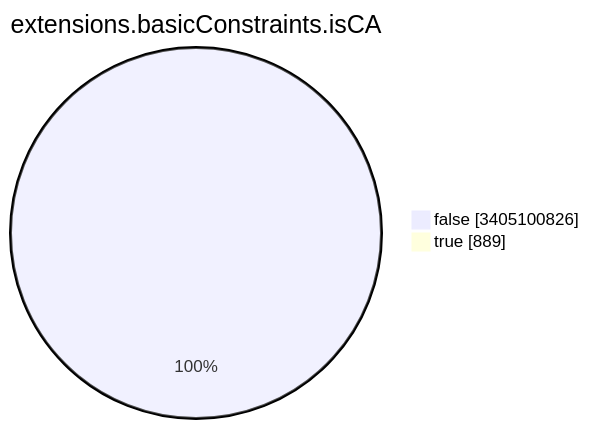
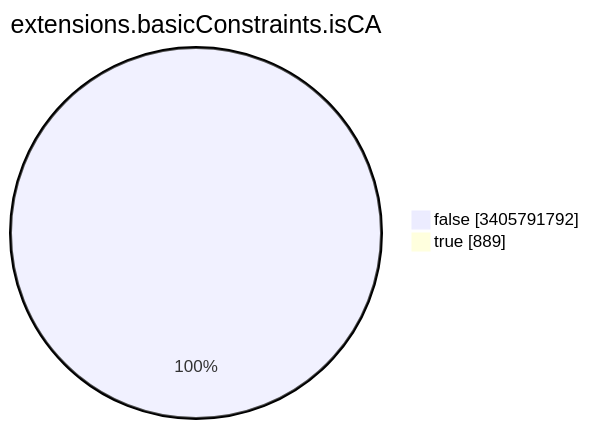
One commit to christiankrug/ctmonitor_visualization changed the seventh of 15 diagrams in TOTAL/README.md. Above: the diagram before and after it, drawn with Mermaid. The commit also changed other lines of this file, not shown here.

````diff
--- a/TOTAL/README.md
+++ b/TOTAL/README.md
@@ -3091,6 +3091,6 @@
 ```mermaid
 pie showData
 title extensions.basicConstraints.isCA
-"false" :3405100826
+"false" :3405791792
 "true" :889
 ```
````
